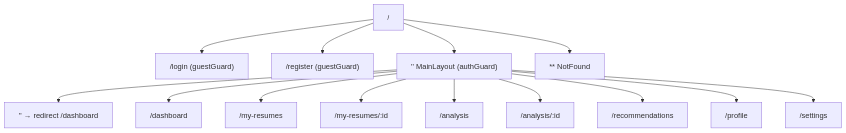
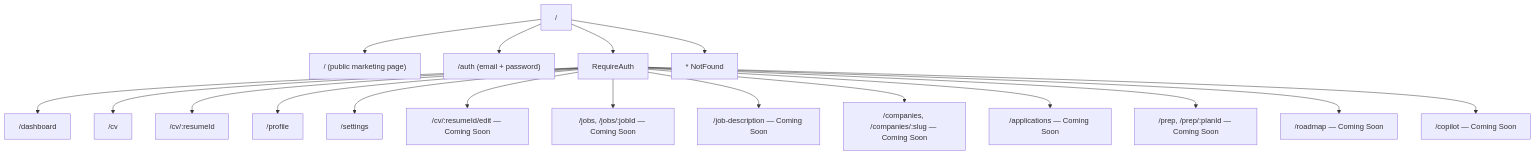
The fifth of 12 diagrams in docs/ARCHITECTURE.md (elel-m-b/CareerPilot), drawn with Mermaid before and after one commit. The commit also changed other lines of this file and 173 other files, not shown here.

````diff
--- a/docs/ARCHITECTURE.md
+++ b/docs/ARCHITECTURE.md
@@ -278,16 +260,20 @@
 ```mermaid
 graph TD
-    Root["/"] --> Login["/login (guestGuard)"]
-    Root --> Reg["/register (guestGuard)"]
-    Root --> Layout["'' MainLayout (authGuard)"]
-    Layout --> R1["'' → redirect /dashboard"]
-    Layout --> R2["/dashboard"]
-    Layout --> R3["/my-resumes"]
-    Layout --> R4["/my-resumes/:id"]
-    Layout --> R5["/analysis"]
-    Layout --> R6["/analysis/:id"]
-    Layout --> R7["/recommendations"]
-    Layout --> R8["/profile"]
-    Layout --> R9["/settings"]
-    Root --> NF["** NotFound"]
+    Root["/"] --> Landing["/ (public marketing page)"]
+    Root --> Auth["/auth (email + password)"]
+    Root --> Protected["RequireAuth"]
+    Protected --> D1["/dashboard"]
+    Protected --> D2["/cv"]
+    Protected --> D3["/cv/:resumeId"]
+    Protected --> D4["/profile"]
+    Protected --> D5["/settings"]
+    Protected --> P1["/cv/:resumeId/edit — Coming Soon"]
+    Protected --> P2["/jobs, /jobs/:jobId — Coming Soon"]
+    Protected --> P3["/job-description — Coming Soon"]
+    Protected --> P4["/companies, /companies/:slug — Coming Soon"]
+    Protected --> P5["/applications — Coming Soon"]
+    Protected --> P6["/prep, /prep/:planId — Coming Soon"]
+    Protected --> P7["/roadmap — Coming Soon"]
+    Protected --> P8["/copilot — Coming Soon"]
+    Root --> NF["* NotFound"]
 ```
````
